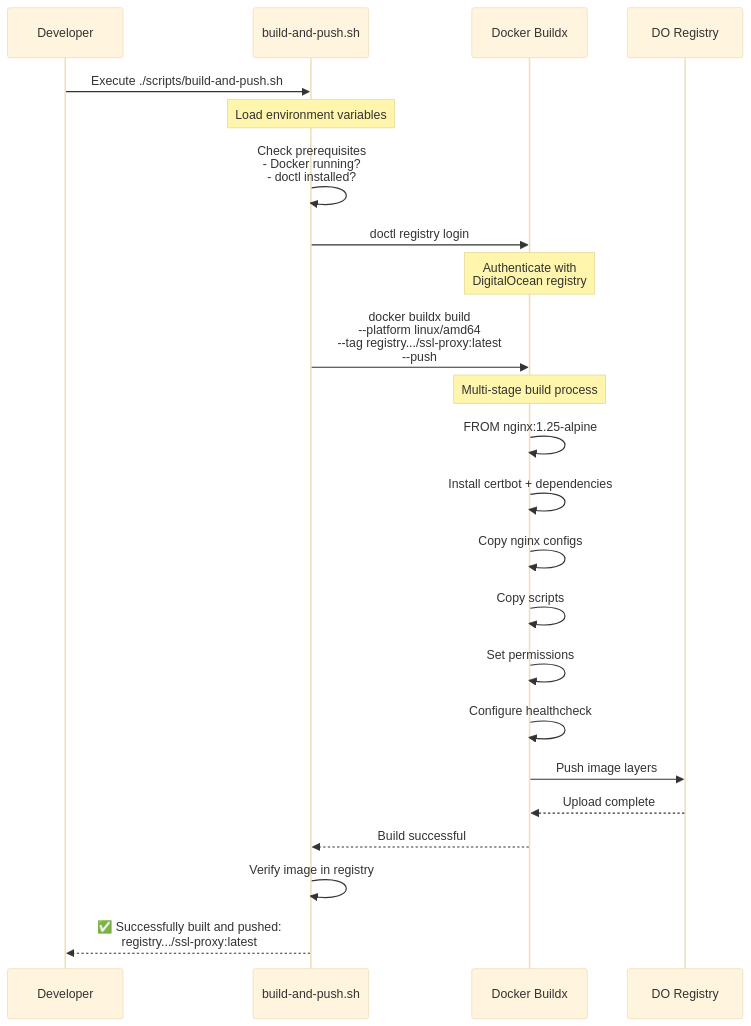
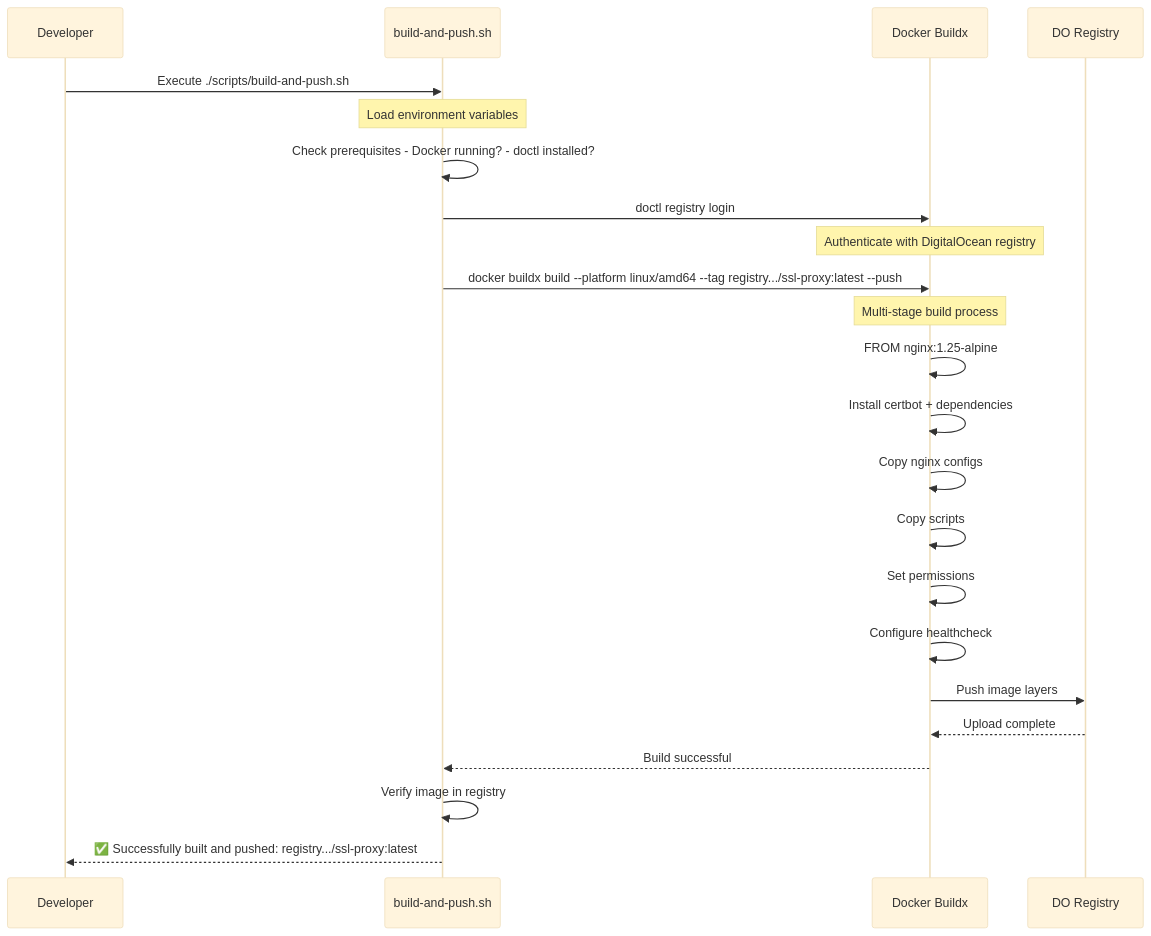
One commit to softwarewrighter/ssl-proxy-for-do changed the third of 9 diagrams in wiki/Deployment-Workflow.md. Above: the diagram before and after it, drawn with Mermaid (base theme). The commit also changed other lines of this file and 3 other files, not shown here.

First line of the commit message:
Remove all remaining br tags from sequence diagrams

````diff
--- a/wiki/Deployment-Workflow.md
+++ b/wiki/Deployment-Workflow.md
@@ -101,35 +101,35 @@
 ```mermaid
 sequenceDiagram
     participant Dev as Developer
     participant Script as build-and-push.sh
     participant Docker as Docker Buildx
     participant Registry as DO Registry
 
     Dev->>Script: Execute ./scripts/build-and-push.sh
 
-    Note over Script: Load environment variables
+ Note over Script: Load environment variables
 
-    Script->>Script: Check prerequisites<br/>- Docker running?<br/>- doctl installed?
+    Script->>Script: Check prerequisites - Docker running? - doctl installed?
 
     Script->>Docker: doctl registry login
-    Note over Docker: Authenticate with<br/>DigitalOcean registry
+ Note over Docker: Authenticate with DigitalOcean registry
 
-    Script->>Docker: docker buildx build<br/>--platform linux/amd64<br/>--tag registry.../ssl-proxy:latest<br/>--push
+    Script->>Docker: docker buildx build --platform linux/amd64 --tag registry.../ssl-proxy:latest --push
 
-    Note over Docker: Multi-stage build process
+ Note over Docker: Multi-stage build process
 
     Docker->>Docker: FROM nginx:1.25-alpine
     Docker->>Docker: Install certbot + dependencies
     Docker->>Docker: Copy nginx configs
     Docker->>Docker: Copy scripts
     Docker->>Docker: Set permissions
     Docker->>Docker: Configure healthcheck
 
     Docker->>Registry: Push image layers
     Registry-->>Docker: Upload complete
 
     Docker-->>Script: Build successful
 
     Script->>Script: Verify image in registry
-    Script-->>Dev: ✅ Successfully built and pushed:<br/>registry.../ssl-proxy:latest
+    Script-->>Dev: ✅ Successfully built and pushed: registry.../ssl-proxy:latest
 ```
````
